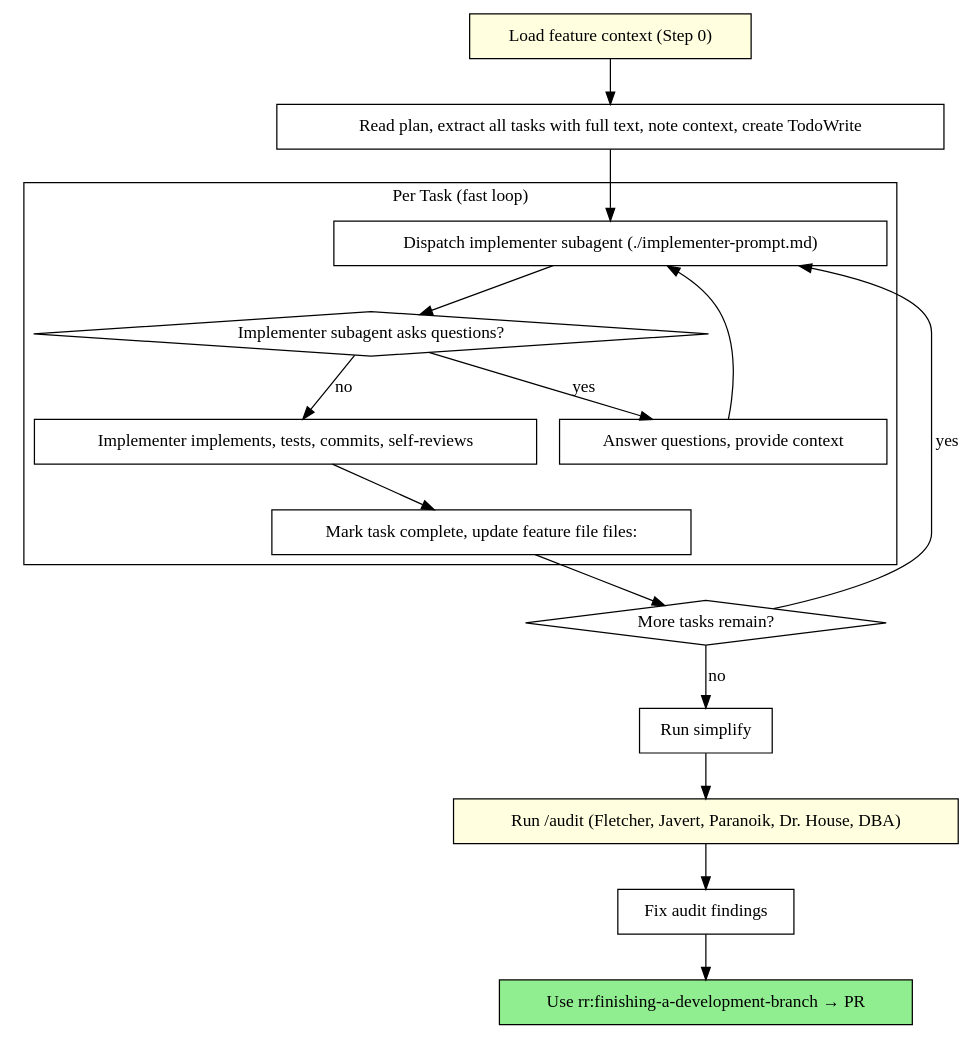
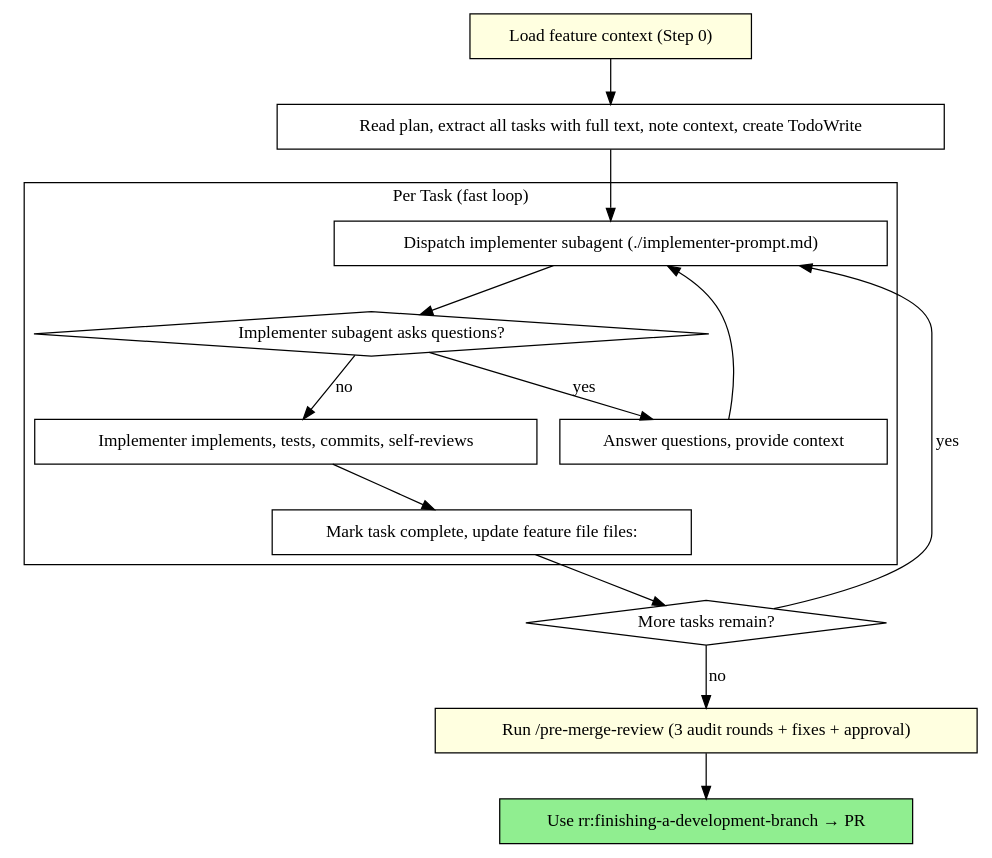
The second of 2 diagrams in plugins/rr/skills/subagent-driven-development/SKILL.md (kulfix/rezavo-plugins), drawn with Graphviz before and after one commit. The commit also changed other lines of this file and 6 other files, not shown here.

First line of the commit message:
feat: v1.4.0 — split audit into atomic audit + pre-merge-review orchestrator

````diff
--- a/plugins/rr/skills/subagent-driven-development/SKILL.md
+++ b/plugins/rr/skills/subagent-driven-development/SKILL.md
@@ -49,37 +49,33 @@
 ```dot
 digraph process {
     rankdir=TB;
 
     "Load feature context (Step 0)" [shape=box style=filled fillcolor=lightyellow];
 
     subgraph cluster_per_task {
         label="Per Task (fast loop)";
         "Dispatch implementer subagent (./implementer-prompt.md)" [shape=box];
         "Implementer subagent asks questions?" [shape=diamond];
         "Answer questions, provide context" [shape=box];
         "Implementer implements, tests, commits, self-reviews" [shape=box];
         "Mark task complete, update feature file files:" [shape=box];
     }
 
     "Read plan, extract all tasks with full text, note context, create TodoWrite" [shape=box];
     "More tasks remain?" [shape=diamond];
-    "Run simplify" [shape=box];
-    "Run /audit (Fletcher, Javert, Paranoik, Dr. House, DBA)" [shape=box style=filled fillcolor=lightyellow];
-    "Fix audit findings" [shape=box];
+    "Run /pre-merge-review (3 audit rounds + fixes + approval)" [shape=box style=filled fillcolor=lightyellow];
     "Use rr:finishing-a-development-branch → PR" [shape=box style=filled fillcolor=lightgreen];
 
     "Load feature context (Step 0)" -> "Read plan, extract all tasks with full text, note context, create TodoWrite";
     "Read plan, extract all tasks with full text, note context, create TodoWrite" -> "Dispatch implementer subagent (./implementer-prompt.md)";
     "Dispatch implementer subagent (./implementer-prompt.md)" -> "Implementer subagent asks questions?";
     "Implementer subagent asks questions?" -> "Answer questions, provide context" [label="yes"];
     "Answer questions, provide context" -> "Dispatch implementer subagent (./implementer-prompt.md)";
     "Implementer subagent asks questions?" -> "Implementer implements, tests, commits, self-reviews" [label="no"];
     "Implementer implements, tests, commits, self-reviews" -> "Mark task complete, update feature file files:";
     "Mark task complete, update feature file files:" -> "More tasks remain?";
     "More tasks remain?" -> "Dispatch implementer subagent (./implementer-prompt.md)" [label="yes"];
-    "More tasks remain?" -> "Run simplify" [label="no"];
-    "Run simplify" -> "Run /audit (Fletcher, Javert, Paranoik, Dr. House, DBA)";
-    "Run /audit (Fletcher, Javert, Paranoik, Dr. House, DBA)" -> "Fix audit findings";
-    "Fix audit findings" -> "Use rr:finishing-a-development-branch → PR";
+    "More tasks remain?" -> "Run /pre-merge-review (3 audit rounds + fixes + approval)" [label="no"];
+    "Run /pre-merge-review (3 audit rounds + fixes + approval)" -> "Use rr:finishing-a-development-branch → PR";
 }
 ```
````
